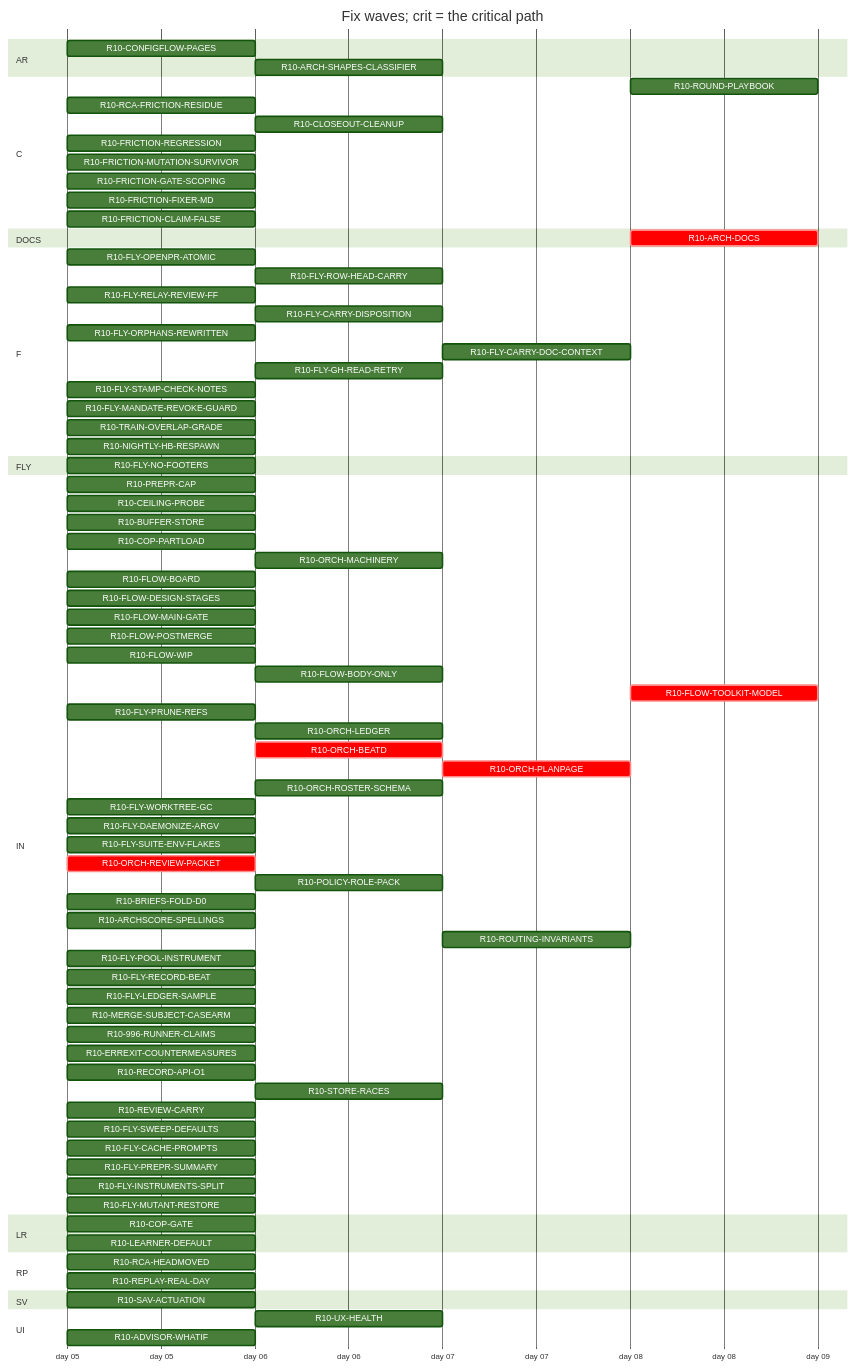
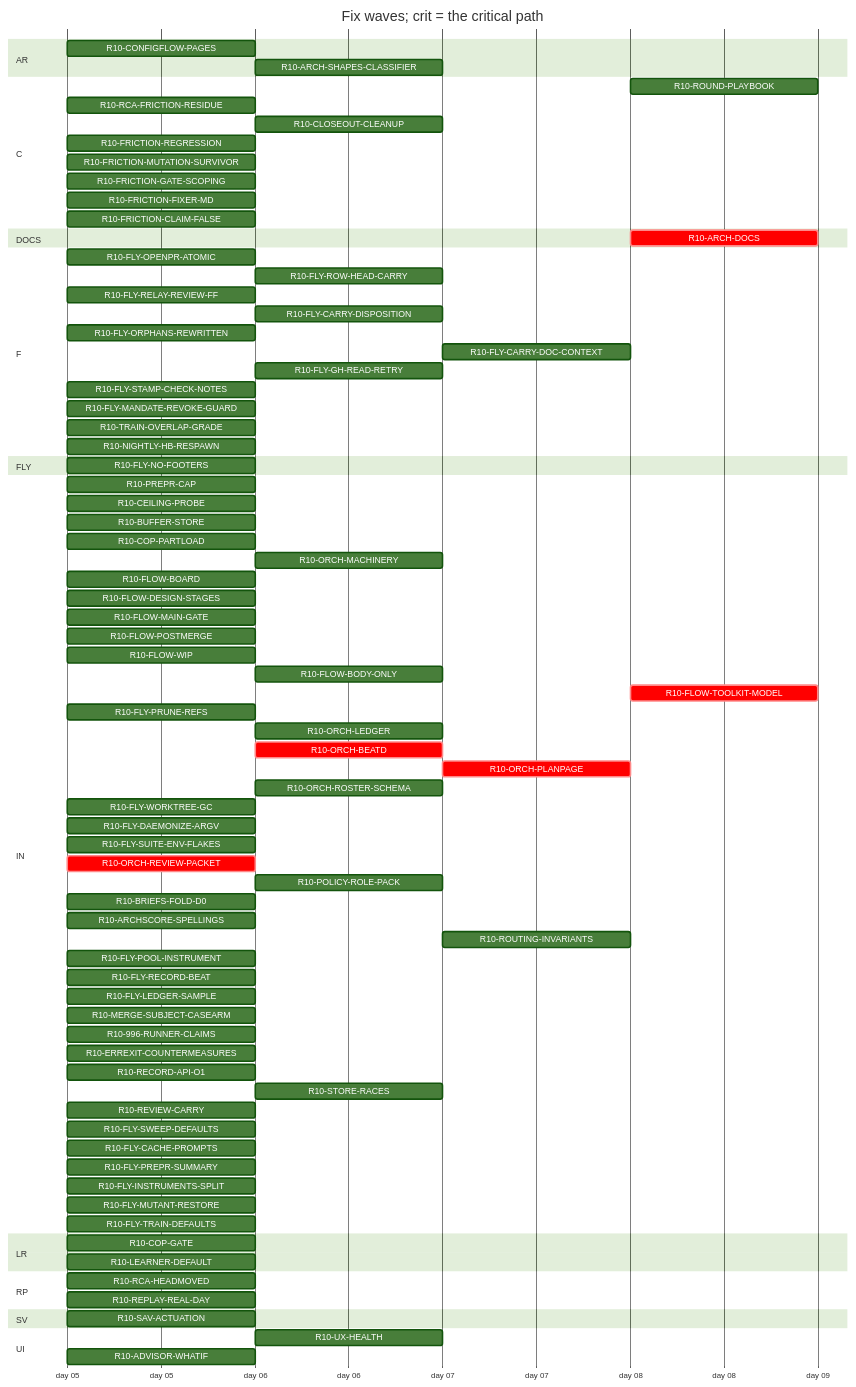
Before and after one commit to tvofi/heatpump_optimizer: the diagram in handoff/round10/state/PLAN-TABLE.md, drawn with Mermaid (forest theme). The commit also changed other lines of this file and 3 other files, not shown here.

Commit message:
state: FLOW-BOARD.md, NEXT-SESSION-PROMPT.md, PLAN-TABLE.md, RESUME-CURRENT.md regenerated (state_docs.py)

```diff
--- a/handoff/round10/state/PLAN-TABLE.md
+++ b/handoff/round10/state/PLAN-TABLE.md
@@ -93,6 +93,7 @@
     R10-FLY-PREPR-SUMMARY :r10FLYPREPRSUMMARY, 2026-01-05, 1d
     R10-FLY-INSTRUMENTS-SPLIT :r10FLYINSTRUMENTSSPLIT, 2026-01-05, 1d
     R10-FLY-MUTANT-RESTORE :r10FLYMUTANTRESTORE, 2026-01-05, 1d
+    R10-FLY-TRAIN-DEFAULTS :r10FLYTRAINDEFAULTS, 2026-01-05, 1d
   section LR
     R10-COP-GATE :r10COPGATE, 2026-01-05, 1d
     R10-LEARNER-DEFAULT :r10LEARNERDEFAULT, 2026-01-05, 1d
```
